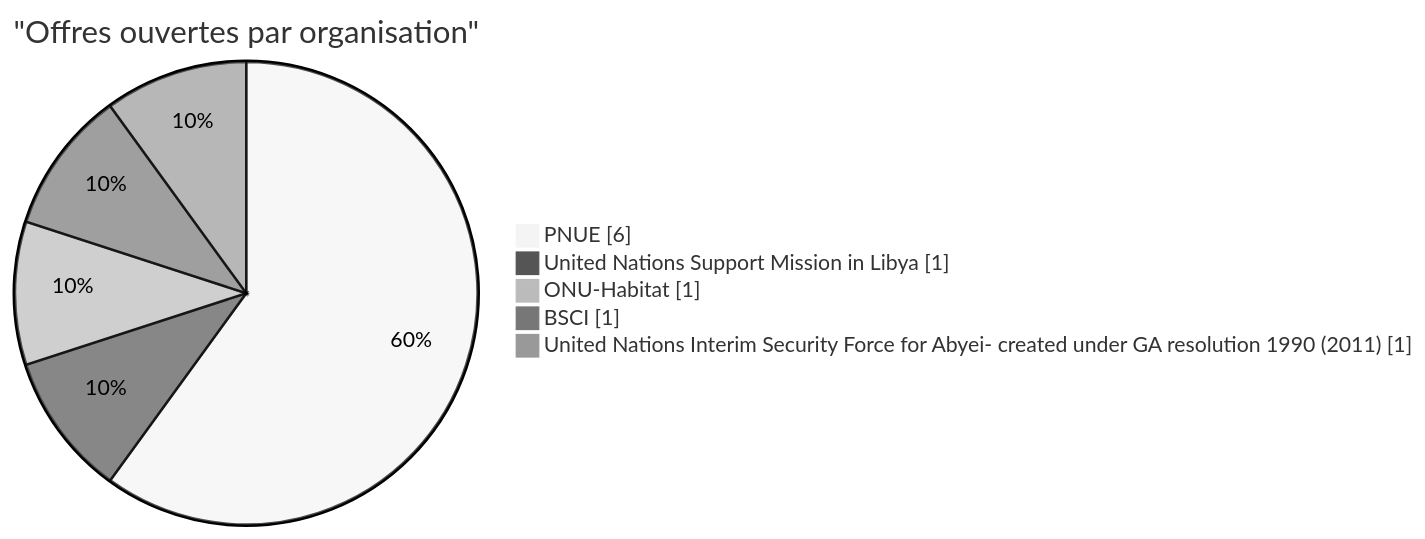
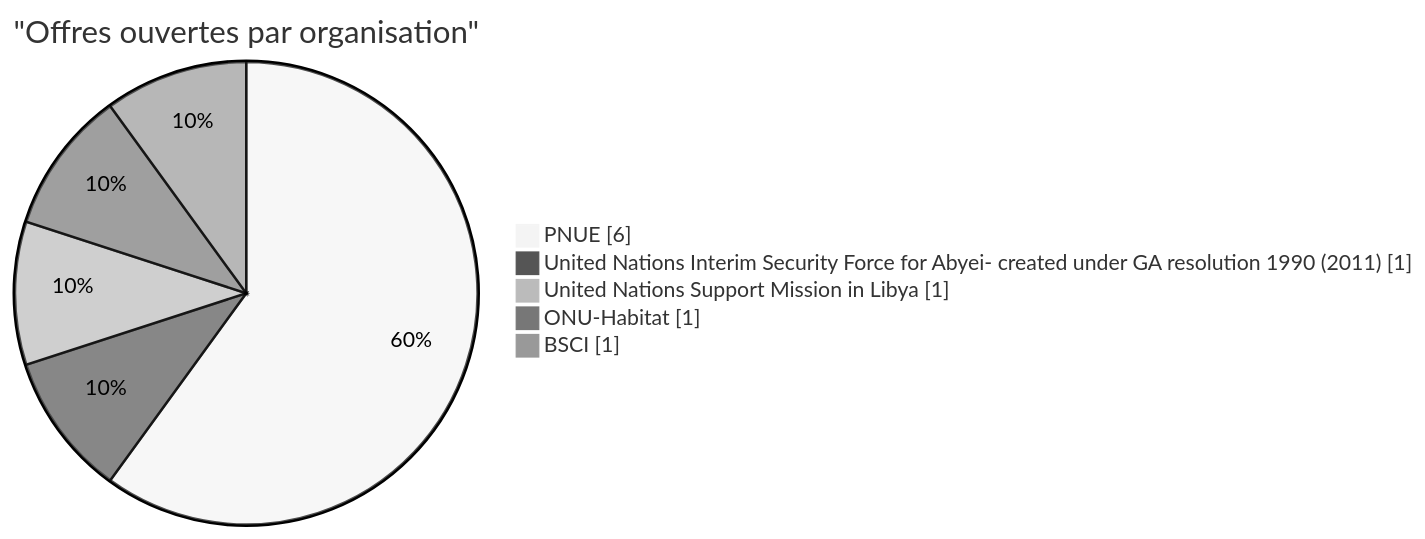
One commit to Abusooma/offres-tech-africa changed the second of 3 diagrams in README.md. Above: the diagram before and after it, drawn with Mermaid (neutral theme). The commit also changed other lines of this file, not shown here.

Commit message:
data: 2 nouvelles offres tech le 2026-11-25 (United Nations Interim Security Force for Abyei- created under GA resolution 1990 (2011), PNUE)

````diff
--- a/README.md
+++ b/README.md
@@ -79,9 +79,9 @@
 ```mermaid
 pie showData
     title "Offres ouvertes par organisation"
     "PNUE" : 6
+    "United Nations Interim Security Force for Abyei- created under GA resolution 1990 (2011)" : 1
     "United Nations Support Mission in Libya" : 1
     "ONU-Habitat" : 1
     "BSCI" : 1
-    "United Nations Interim Security Force for Abyei- created under GA resolution 1990 (2011)" : 1
 ```
````
